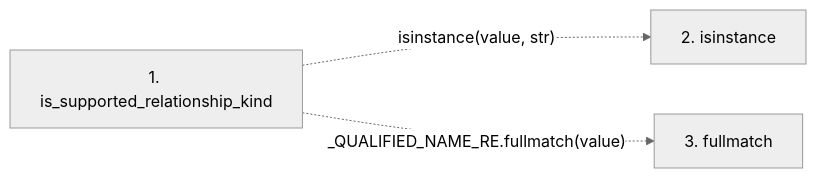
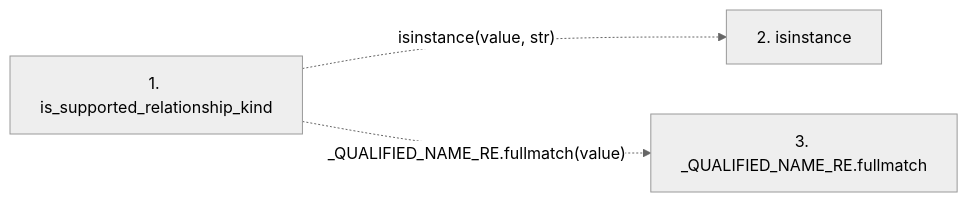
The second of 2 diagrams in docs/llm_wiki/flows/api-is_supported_relationship_kind.md (Denissvgn/python-wiki-llm), drawn with Mermaid (neutral theme) before and after one commit. The commit also changed other lines of this file and 719 other files, not shown here.

````diff
--- a/docs/llm_wiki/flows/api-is_supported_relationship_kind.md
+++ b/docs/llm_wiki/flows/api-is_supported_relationship_kind.md
@@ -22,9 +22,9 @@
 ```mermaid
 flowchart LR
     s1["1. is_supported_relationship_kind"]
     s2["2. isinstance"]
-    s3["3. fullmatch"]
+    s3["3. _QUALIFIED_NAME_RE.fullmatch"]
     s1 -. "isinstance(value, str)" .-> s2
     s1 -. "_QUALIFIED_NAME_RE.fullmatch(value)" .-> s3
     click s1 "../modules/knowledge_graph.md"
 ```
````
